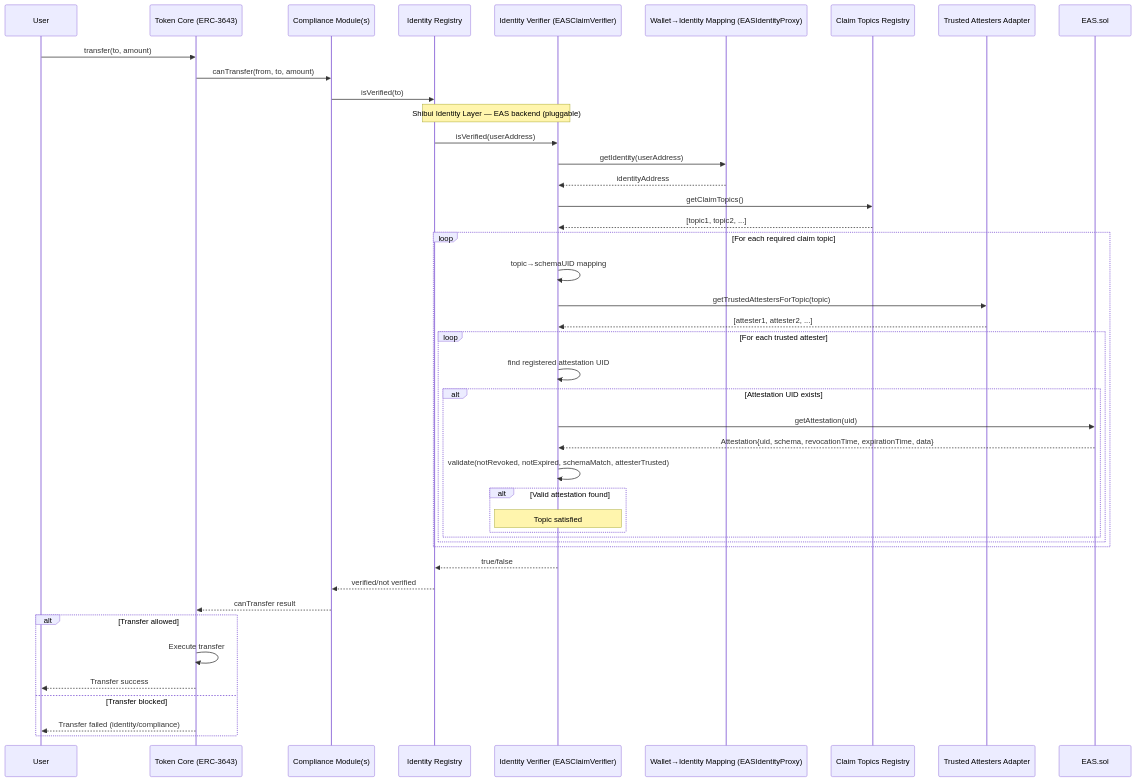
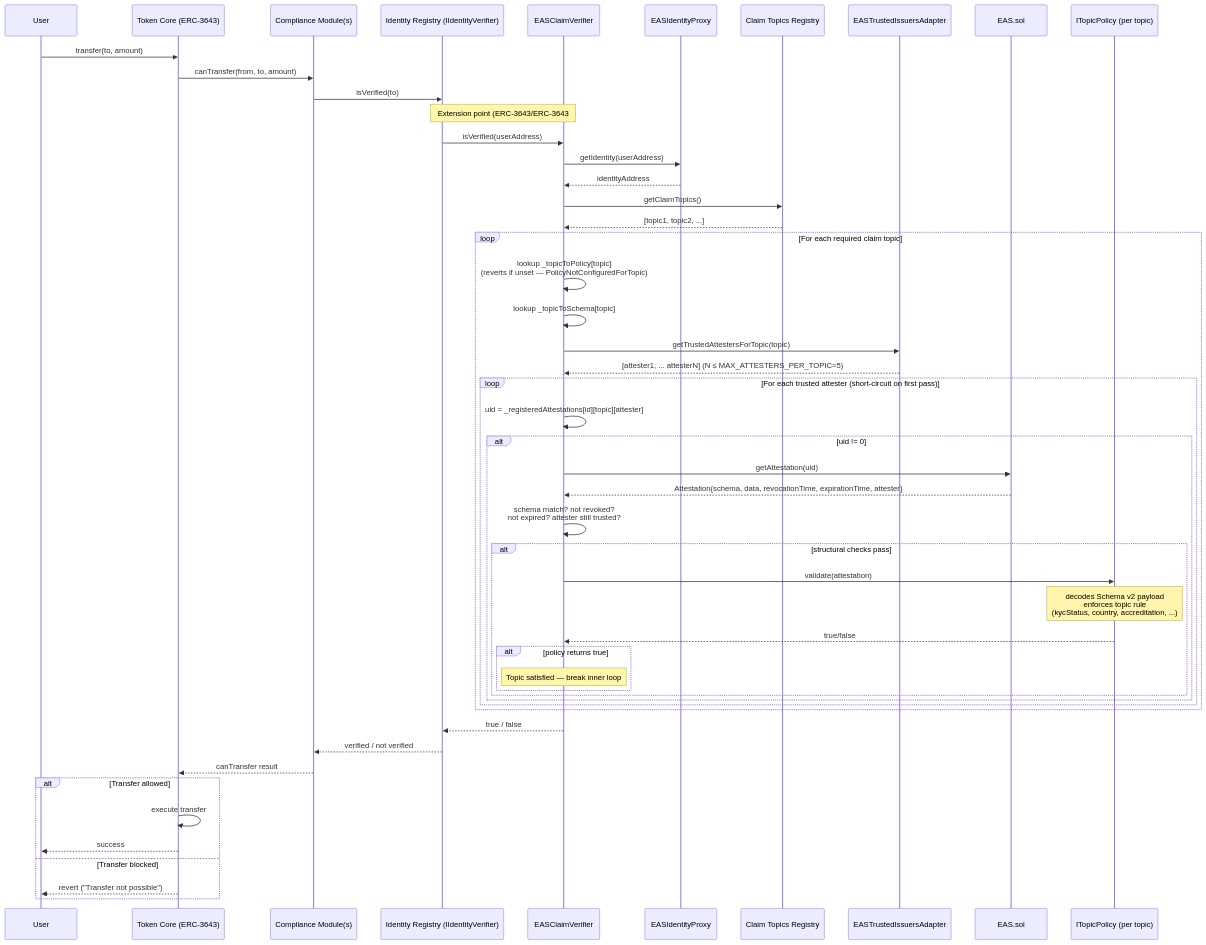
The diagram in diagrams/transfer-verification-flow.mmd (EntEthAlliance/rnd-rwa-erc3643-eas), drawn with Mermaid before and after one commit. The commit also changed 12 other files, not shown here.

First line of the commit message:
docs(diagrams): refresh to match v0.4 architecture

```diff
--- a/diagrams/transfer-verification-flow.mmd
+++ b/diagrams/transfer-verification-flow.mmd
@@ -1,55 +1,64 @@
 sequenceDiagram
-    %% Mirrors OpenZeppelin RWA vocabulary: token → compliance → Shibui identity layer
+    %% Shibui v0.4 verification flow: token → compliance → Identity Registry
+    %% → IIdentityVerifier (Shibui backend) → payload-aware policy dispatch.
     participant User
     participant Token as Token Core (ERC-3643)
     participant Compliance as Compliance Module(s)
-    participant IR as Identity Registry
-    participant Verifier as Identity Verifier (EASClaimVerifier)
-    participant EIP as Wallet→Identity Mapping (EASIdentityProxy)
+    participant IR as Identity Registry (IIdentityVerifier)
+    participant Verifier as EASClaimVerifier
+    participant EIP as EASIdentityProxy
     participant CTR as Claim Topics Registry
-    participant TIA as Trusted Attesters Adapter
+    participant TIA as EASTrustedIssuersAdapter
     participant EAS as EAS.sol
+    participant Policy as ITopicPolicy (per topic)
 
     User->>Token: transfer(to, amount)
     Token->>Compliance: canTransfer(from, to, amount)
 
-    %% ERC-3643: compliance gates call into identity checks (via Identity Registry)
     Compliance->>IR: isVerified(to)
 
-    Note over IR,Verifier: Shibui Identity Layer — EAS backend (pluggable)
+    Note over IR,Verifier: Extension point (ERC-3643/ERC-3643 #98):<br/>IR delegates to Shibui when _identityVerifier != 0
     IR->>Verifier: isVerified(userAddress)
 
     Verifier->>EIP: getIdentity(userAddress)
     EIP-->>Verifier: identityAddress
 
     Verifier->>CTR: getClaimTopics()
     CTR-->>Verifier: [topic1, topic2, ...]
 
     loop For each required claim topic
-        Verifier->>Verifier: topic→schemaUID mapping
+        Verifier->>Verifier: lookup _topicToPolicy[topic]<br/>(reverts if unset — PolicyNotConfiguredForTopic)
+        Verifier->>Verifier: lookup _topicToSchema[topic]
         Verifier->>TIA: getTrustedAttestersForTopic(topic)
-        TIA-->>Verifier: [attester1, attester2, ...]
+        TIA-->>Verifier: [attester1, ... attesterN] (N ≤ MAX_ATTESTERS_PER_TOPIC=5)
 
-        loop For each trusted attester
-            Verifier->>Verifier: find registered attestation UID
-            alt Attestation UID exists
+        loop For each trusted attester (short-circuit on first pass)
+            Verifier->>Verifier: uid = _registeredAttestations[id][topic][attester]
+            alt uid != 0
                 Verifier->>EAS: getAttestation(uid)
-                EAS-->>Verifier: Attestation{uid, schema, revocationTime, expirationTime, data}
-                Verifier->>Verifier: validate(notRevoked, notExpired, schemaMatch, attesterTrusted)
-                alt Valid attestation found
-                    Note over Verifier: Topic satisfied
+                EAS-->>Verifier: Attestation{schema, data, revocationTime, expirationTime, attester}
+
+                Verifier->>Verifier: schema match? not revoked?<br/>not expired? attester still trusted?
+
+                alt structural checks pass
+                    Verifier->>Policy: validate(attestation)
+                    Note over Policy: decodes Schema v2 payload<br/>enforces topic rule<br/>(kycStatus, country, accreditation, ...)
+                    Policy-->>Verifier: true/false
+                    alt policy returns true
+                        Note over Verifier: Topic satisfied — break inner loop
+                    end
                 end
             end
         end
     end
 
-    Verifier-->>IR: true/false
-    IR-->>Compliance: verified/not verified
+    Verifier-->>IR: true / false
+    IR-->>Compliance: verified / not verified
     Compliance-->>Token: canTransfer result
 
     alt Transfer allowed
-        Token->>Token: Execute transfer
-        Token-->>User: Transfer success
+        Token->>Token: execute transfer
+        Token-->>User: success
     else Transfer blocked
-        Token-->>User: Transfer failed (identity/compliance)
+        Token-->>User: revert ("Transfer not possible")
     end
```
